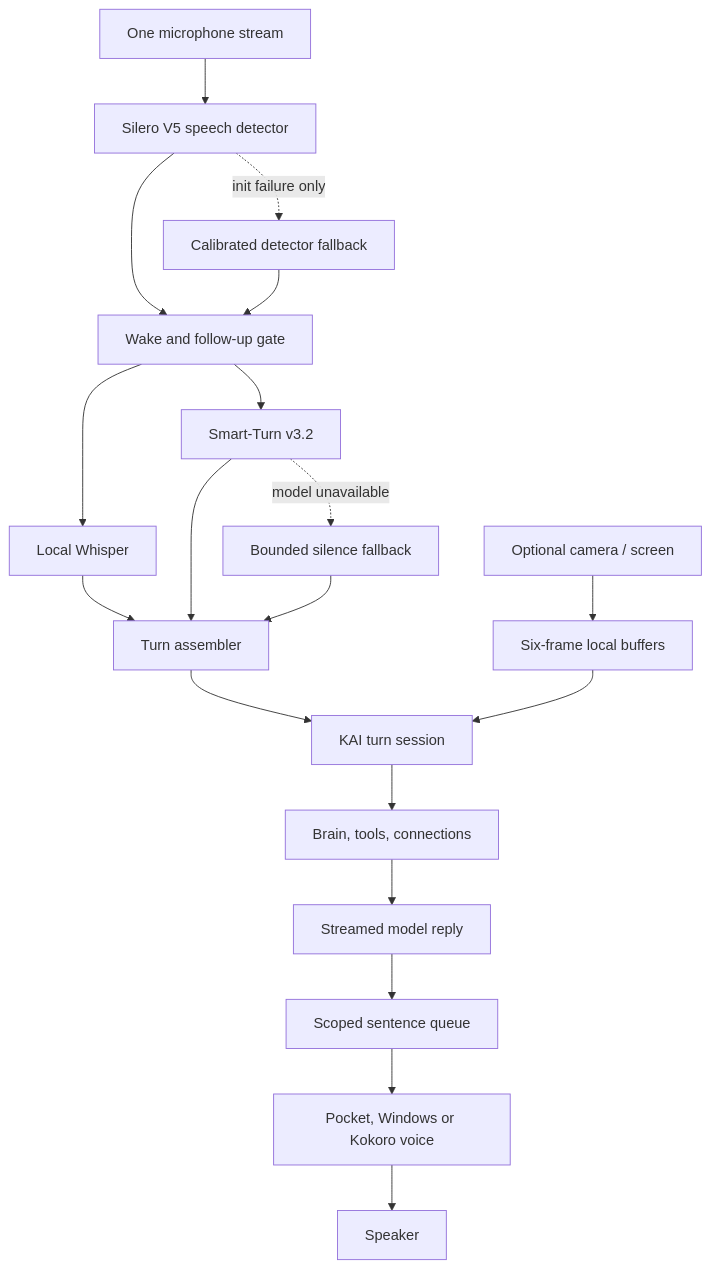
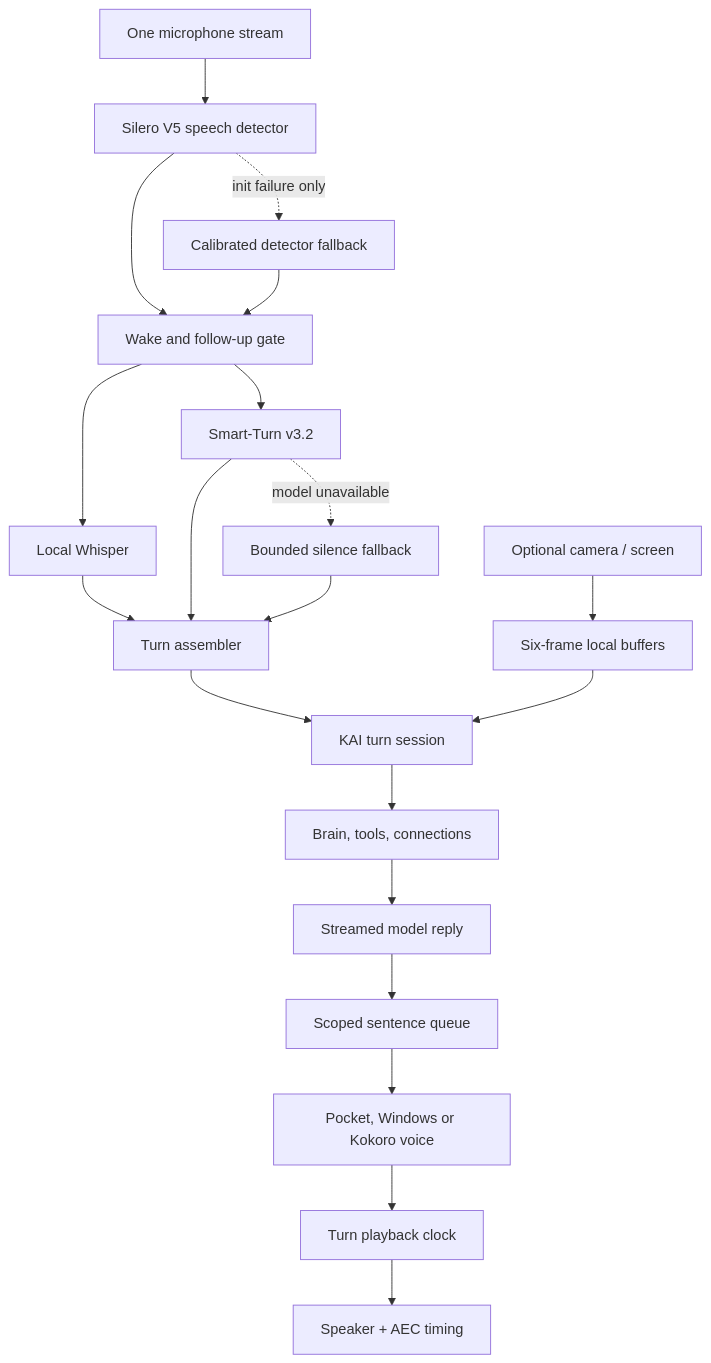
Before and after one commit to therexdev/kaiapp: the second of 2 diagrams in docs/KAI_LIVE_SENSES_ARCHITECTURE.md, drawn with Mermaid. The commit also changed other lines of this file and 11 other files, not shown here.

Commit message:
Add continuous KAI voice playback clock

````diff
--- a/docs/KAI_LIVE_SENSES_ARCHITECTURE.md
+++ b/docs/KAI_LIVE_SENSES_ARCHITECTURE.md
@@ -44,21 +44,22 @@
 ```mermaid
 flowchart TD
     A["One microphone stream"] --> B["Silero V5 speech detector"]
     B -. "init failure only" .-> X["Calibrated detector fallback"]
     B --> C["Wake and follow-up gate"]
     X --> C
     C --> D["Local Whisper"]
     C --> E["Smart-Turn v3.2"]
     E -. "model unavailable" .-> X2["Bounded silence fallback"]
     D --> F["Turn assembler"]
     E --> F
     X2 --> F
     F --> G["KAI turn session"]
     M["Optional camera / screen"] --> N["Six-frame local buffers"]
     N --> G
     G --> H["Brain, tools, connections"]
     H --> I["Streamed model reply"]
     I --> J["Scoped sentence queue"]
     J --> K["Pocket, Windows or Kokoro voice"]
-    K --> L["Speaker"]
+    K --> P["Turn playback clock"]
+    P --> L["Speaker + AEC timing"]
 ```
````
